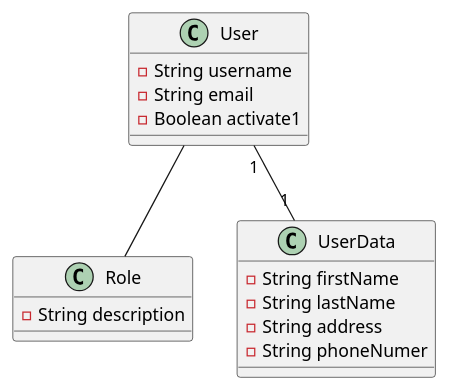
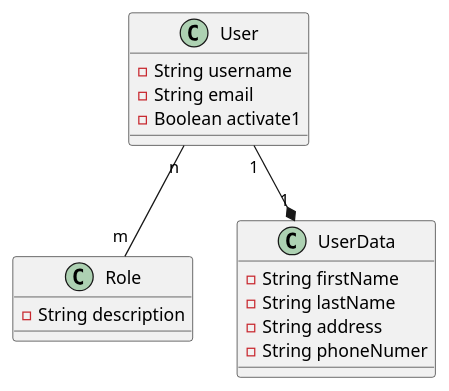
One commit to Miamv/limitador changed the diagram in docs/diagrama_usuario.puml. Above: the diagram before and after it, drawn with PlantUML.

Commit message:
#2 feat(userole): agregando nuevos atributos y roles

```diff
--- a/docs/diagrama_usuario.puml
+++ b/docs/diagrama_usuario.puml
@@ -1,21 +1,21 @@
 @startuml
 class User {
     - String username
     - String email
     - Boolean activate1
 }
 
 class Role {
     - String description
 }
 class UserData {
     -String firstName 
     - String lastName 
     - String address 
     - String phoneNumer 
     
 }
 
-User "1" -- "1" UserData
-User -- Role
+User "1" --* "1" UserData
+User "n"-- "m" Role
 @enduml
```
